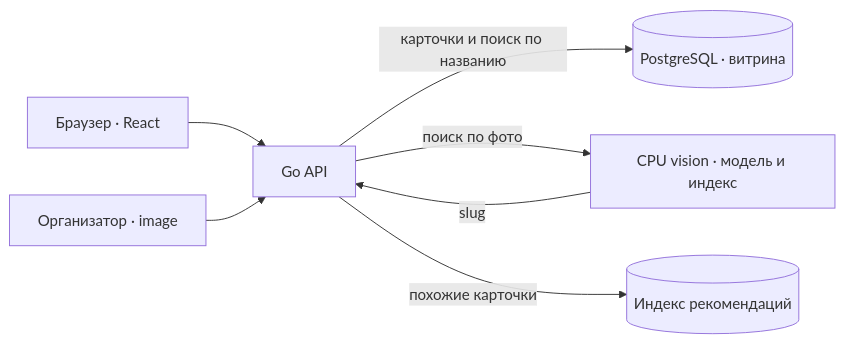
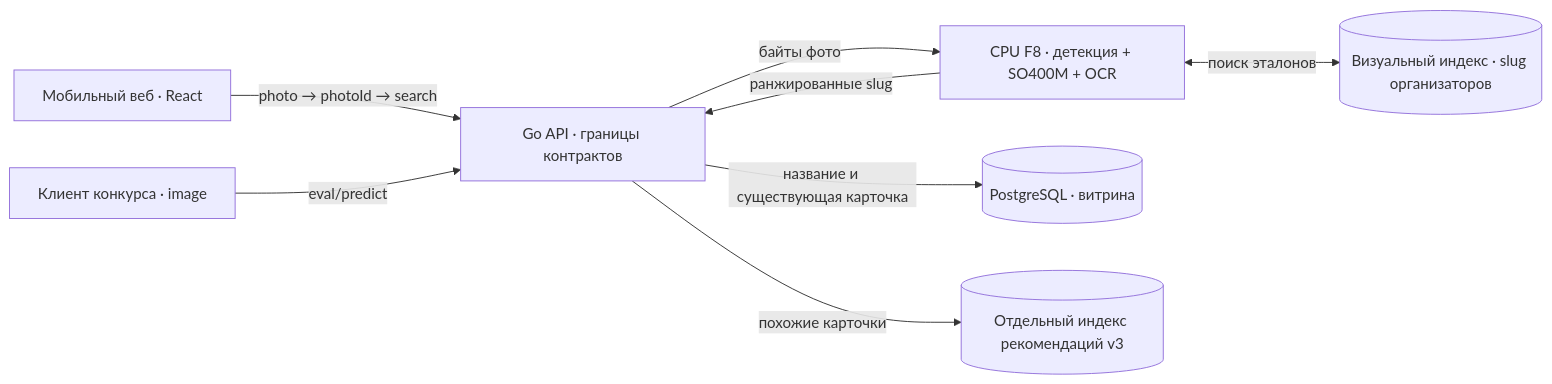
Before and after one commit to ai-babai/brutforce: the diagram in README.md, drawn with Mermaid. The commit also changed other lines of this file and 1 other file, not shown here.

Commit message:
Explain recognition model and architecture in README

````diff
--- a/README.md
+++ b/README.md
@@ -74,9 +87,10 @@
 ```mermaid
 flowchart LR
-    web["Браузер · React"] --> api["Go API"]
-    contest["Организатор · image"] --> api
-    api -->|карточки и поиск по названию| catalog[(PostgreSQL · витрина)]
-    api -->|поиск по фото| vision["CPU vision · модель и индекс"]
-    vision -->|slug| api
-    api -->|похожие карточки| recommendations[(Индекс рекомендаций)]
+    web["Мобильный веб · React"] -->|photo → photoId → search| api["Go API · границы контрактов"]
+    contest["Клиент конкурса · image"] -->|eval/predict| api
+    api -->|байты фото| vision["CPU F8 · детекция + SO400M + OCR"]
+    vision <-->|поиск эталонов| visual[("Визуальный индекс · slug организаторов")]
+    vision -->|ранжированные slug| api
+    api -->|название и существующая карточка| catalog[("PostgreSQL · витрина")]
+    api -->|похожие карточки| recommendations[("Отдельный индекс рекомендаций v3")]
 ```
````
